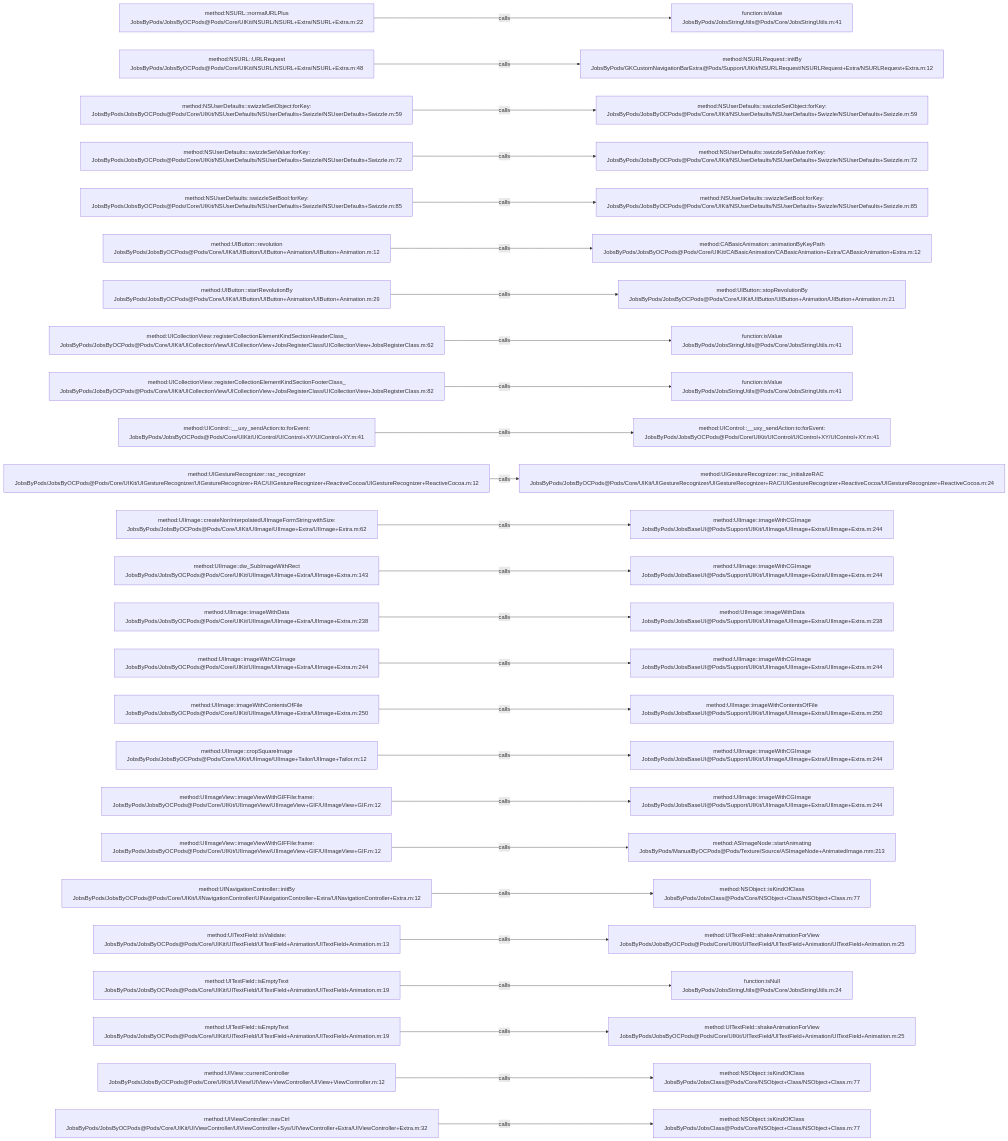
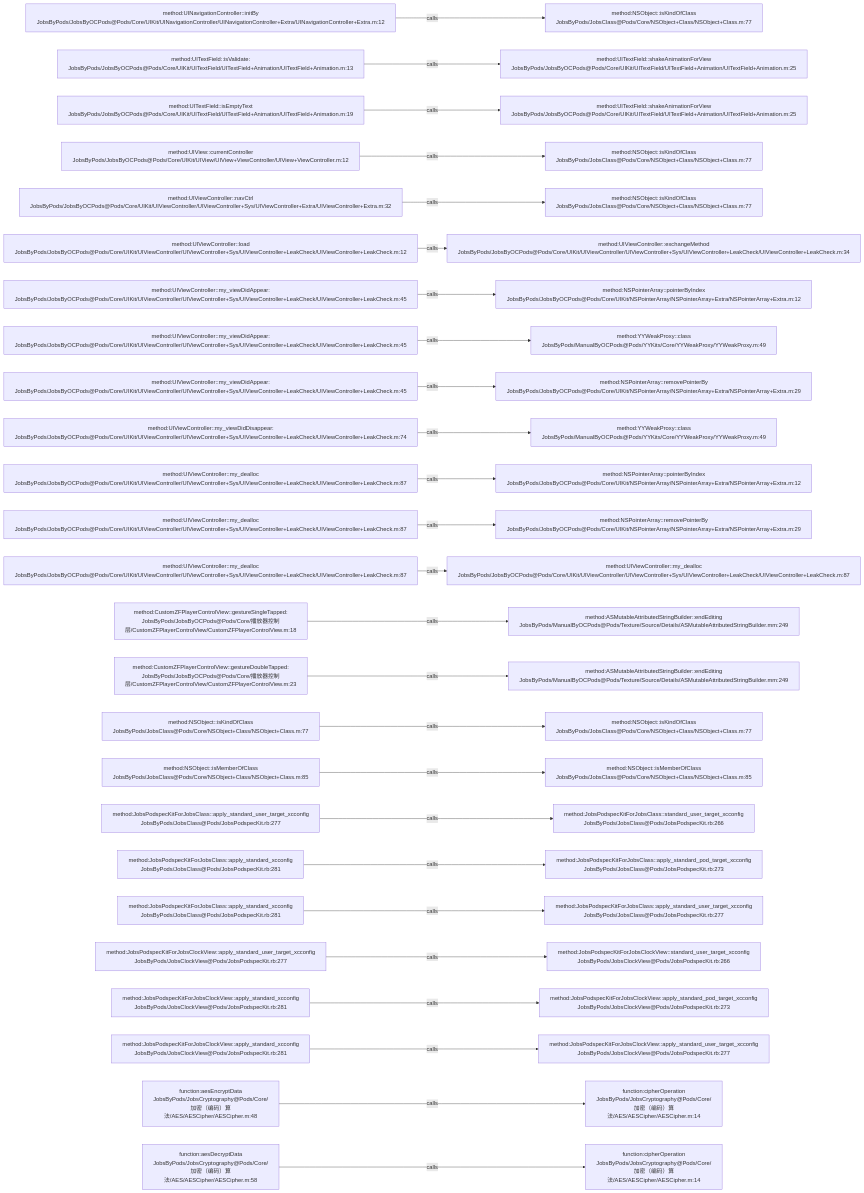
Before and after one commit to JobsKits/JobsOCBaseConfigDemo: the diagram in .codegraph/codegraph.md/graphs/calls-005.md, drawn with Mermaid. The commit also changed 1353 other files, not shown here.

````diff
--- a/.codegraph/codegraph.md/graphs/calls-005.md
+++ b/.codegraph/codegraph.md/graphs/calls-005.md
@@ -13,78 +13,78 @@
 ```mermaid
 flowchart LR
-  S1["method:NSURL::normalURLPlus<br/>JobsByPods/JobsByOCPods@Pods/Core/UIKit/NSURL/NSURL+Extra/NSURL+Extra.m:22"]
-  T1["function:isValue<br/>JobsByPods/JobsStringUtils@Pods/Core/JobsStringUtils.m:41"]
+  S1["method:UINavigationController::initBy<br/>JobsByPods/JobsByOCPods@Pods/Core/UIKit/UINavigationController/UINavigationController+Extra/UINavigationController+Extra.m:12"]
+  T1["method:NSObject::isKindOfClass<br/>JobsByPods/JobsClass@Pods/Core/NSObject+Class/NSObject+Class.m:77"]
   S1 -->|calls| T1
-  S2["method:NSURL::URLRequest<br/>JobsByPods/JobsByOCPods@Pods/Core/UIKit/NSURL/NSURL+Extra/NSURL+Extra.m:48"]
-  T2["method:NSURLRequest::initBy<br/>JobsByPods/GKCustomNavigationBarExtra@Pods/Support/UIKit/NSURLRequest/NSURLRequest+Extra/NSURLRequest+Extra.m:12"]
+  S2["method:UITextField::isValidate:<br/>JobsByPods/JobsByOCPods@Pods/Core/UIKit/UITextField/UITextField+Animation/UITextField+Animation.m:13"]
+  T2["method:UITextField::shakeAnimationForView<br/>JobsByPods/JobsByOCPods@Pods/Core/UIKit/UITextField/UITextField+Animation/UITextField+Animation.m:25"]
   S2 -->|calls| T2
-  S3["method:NSUserDefaults::swizzleSetObject:forKey:<br/>JobsByPods/JobsByOCPods@Pods/Core/UIKit/NSUserDefaults/NSUserDefaults+Swizzle/NSUserDefaults+Swizzle.m:59"]
-  T3["method:NSUserDefaults::swizzleSetObject:forKey:<br/>JobsByPods/JobsByOCPods@Pods/Core/UIKit/NSUserDefaults/NSUserDefaults+Swizzle/NSUserDefaults+Swizzle.m:59"]
+  S3["method:UITextField::isEmptyText<br/>JobsByPods/JobsByOCPods@Pods/Core/UIKit/UITextField/UITextField+Animation/UITextField+Animation.m:19"]
+  T3["method:UITextField::shakeAnimationForView<br/>JobsByPods/JobsByOCPods@Pods/Core/UIKit/UITextField/UITextField+Animation/UITextField+Animation.m:25"]
   S3 -->|calls| T3
-  S4["method:NSUserDefaults::swizzleSetValue:forKey:<br/>JobsByPods/JobsByOCPods@Pods/Core/UIKit/NSUserDefaults/NSUserDefaults+Swizzle/NSUserDefaults+Swizzle.m:72"]
-  T4["method:NSUserDefaults::swizzleSetValue:forKey:<br/>JobsByPods/JobsByOCPods@Pods/Core/UIKit/NSUserDefaults/NSUserDefaults+Swizzle/NSUserDefaults+Swizzle.m:72"]
+  S4["method:UIView::currentController<br/>JobsByPods/JobsByOCPods@Pods/Core/UIKit/UIView/UIView+ViewController/UIView+ViewController.m:12"]
+  T4["method:NSObject::isKindOfClass<br/>JobsByPods/JobsClass@Pods/Core/NSObject+Class/NSObject+Class.m:77"]
   S4 -->|calls| T4
-  S5["method:NSUserDefaults::swizzleSetBool:forKey:<br/>JobsByPods/JobsByOCPods@Pods/Core/UIKit/NSUserDefaults/NSUserDefaults+Swizzle/NSUserDefaults+Swizzle.m:85"]
-  T5["method:NSUserDefaults::swizzleSetBool:forKey:<br/>JobsByPods/JobsByOCPods@Pods/Core/UIKit/NSUserDefaults/NSUserDefaults+Swizzle/NSUserDefaults+Swizzle.m:85"]
+  S5["method:UIViewController::navCtrl<br/>JobsByPods/JobsByOCPods@Pods/Core/UIKit/UIViewController/UIViewController+Sys/UIViewController+Extra/UIViewController+Extra.m:32"]
+  T5["method:NSObject::isKindOfClass<br/>JobsByPods/JobsClass@Pods/Core/NSObject+Class/NSObject+Class.m:77"]
   S5 -->|calls| T5
-  S6["method:UIButton::revolution<br/>JobsByPods/JobsByOCPods@Pods/Core/UIKit/UIButton/UIButton+Animation/UIButton+Animation.m:12"]
-  T6["method:CABasicAnimation::animationByKeyPath<br/>JobsByPods/JobsByOCPods@Pods/Core/UIKit/CABasicAnimation/CABasicAnimation+Extra/CABasicAnimation+Extra.m:12"]
+  S6["method:UIViewController::load<br/>JobsByPods/JobsByOCPods@Pods/Core/UIKit/UIViewController/UIViewController+Sys/UIViewController+LeakCheck/UIViewController+LeakCheck.m:12"]
+  T6["method:UIViewController::exchangeMethod<br/>JobsByPods/JobsByOCPods@Pods/Core/UIKit/UIViewController/UIViewController+Sys/UIViewController+LeakCheck/UIViewController+LeakCheck.m:34"]
   S6 -->|calls| T6
-  S7["method:UIButton::startRevolutionBy<br/>JobsByPods/JobsByOCPods@Pods/Core/UIKit/UIButton/UIButton+Animation/UIButton+Animation.m:29"]
-  T7["method:UIButton::stopRevolutionBy<br/>JobsByPods/JobsByOCPods@Pods/Core/UIKit/UIButton/UIButton+Animation/UIButton+Animation.m:21"]
+  S7["method:UIViewController::my_viewDidAppear:<br/>JobsByPods/JobsByOCPods@Pods/Core/UIKit/UIViewController/UIViewController+Sys/UIViewController+LeakCheck/UIViewController+LeakCheck.m:45"]
+  T7["method:NSPointerArray::pointerByIndex<br/>JobsByPods/JobsByOCPods@Pods/Core/UIKit/NSPointerArray/NSPointerArray+Extra/NSPointerArray+Extra.m:12"]
   S7 -->|calls| T7
-  S8["method:UICollectionView::registerCollectionElementKindSectionHeaderClass_<br/>JobsByPods/JobsByOCPods@Pods/Core/UIKit/UICollectionView/UICollectionView+JobsRegisterClass/UICollectionView+JobsRegisterClass.m:62"]
-  T8["function:isValue<br/>JobsByPods/JobsStringUtils@Pods/Core/JobsStringUtils.m:41"]
+  S8["method:UIViewController::my_viewDidAppear:<br/>JobsByPods/JobsByOCPods@Pods/Core/UIKit/UIViewController/UIViewController+Sys/UIViewController+LeakCheck/UIViewController+LeakCheck.m:45"]
+  T8["method:YYWeakProxy::class<br/>JobsByPods/ManualByOCPods@Pods/YYKits/Core/YYWeakProxy/YYWeakProxy.m:49"]
   S8 -->|calls| T8
-  S9["method:UICollectionView::registerCollectionElementKindSectionFooterClass_<br/>JobsByPods/JobsByOCPods@Pods/Core/UIKit/UICollectionView/UICollectionView+JobsRegisterClass/UICollectionView+JobsRegisterClass.m:82"]
-  T9["function:isValue<br/>JobsByPods/JobsStringUtils@Pods/Core/JobsStringUtils.m:41"]
+  S9["method:UIViewController::my_viewDidAppear:<br/>JobsByPods/JobsByOCPods@Pods/Core/UIKit/UIViewController/UIViewController+Sys/UIViewController+LeakCheck/UIViewController+LeakCheck.m:45"]
+  T9["method:NSPointerArray::removePointerBy<br/>JobsByPods/JobsByOCPods@Pods/Core/UIKit/NSPointerArray/NSPointerArray+Extra/NSPointerArray+Extra.m:29"]
   S9 -->|calls| T9
-  S10["method:UIControl::__uxy_sendAction:to:forEvent:<br/>JobsByPods/JobsByOCPods@Pods/Core/UIKit/UIControl/UIControl+XY/UIControl+XY.m:41"]
-  T10["method:UIControl::__uxy_sendAction:to:forEvent:<br/>JobsByPods/JobsByOCPods@Pods/Core/UIKit/UIControl/UIControl+XY/UIControl+XY.m:41"]
+  S10["method:UIViewController::my_viewDidDisappear:<br/>JobsByPods/JobsByOCPods@Pods/Core/UIKit/UIViewController/UIViewController+Sys/UIViewController+LeakCheck/UIViewController+LeakCheck.m:74"]
+  T10["method:YYWeakProxy::class<br/>JobsByPods/ManualByOCPods@Pods/YYKits/Core/YYWeakProxy/YYWeakProxy.m:49"]
   S10 -->|calls| T10
-  S11["method:UIGestureRecognizer::rac_recognizer<br/>JobsByPods/JobsByOCPods@Pods/Core/UIKit/UIGestureRecognizer/UIGestureRecognizer+RAC/UIGestureRecognizer+ReactiveCocoa/UIGestureRecognizer+ReactiveCocoa.m:12"]
-  T11["method:UIGestureRecognizer::rac_initializeRAC<br/>JobsByPods/JobsByOCPods@Pods/Core/UIKit/UIGestureRecognizer/UIGestureRecognizer+RAC/UIGestureRecognizer+ReactiveCocoa/UIGestureRecognizer+ReactiveCocoa.m:24"]
+  S11["method:UIViewController::my_dealloc<br/>JobsByPods/JobsByOCPods@Pods/Core/UIKit/UIViewController/UIViewController+Sys/UIViewController+LeakCheck/UIViewController+LeakCheck.m:87"]
+  T11["method:NSPointerArray::pointerByIndex<br/>JobsByPods/JobsByOCPods@Pods/Core/UIKit/NSPointerArray/NSPointerArray+Extra/NSPointerArray+Extra.m:12"]
   S11 -->|calls| T11
-  S12["method:UIImage::createNonInterpolatedUIImageFormString:withSize:<br/>JobsByPods/JobsByOCPods@Pods/Core/UIKit/UIImage/UIImage+Extra/UIImage+Extra.m:62"]
-  T12["method:UIImage::imageWithCGImage<br/>JobsByPods/JobsBaseUI@Pods/Support/UIKit/UIImage/UIImage+Extra/UIImage+Extra.m:244"]
+  S12["method:UIViewController::my_dealloc<br/>JobsByPods/JobsByOCPods@Pods/Core/UIKit/UIViewController/UIViewController+Sys/UIViewController+LeakCheck/UIViewController+LeakCheck.m:87"]
+  T12["method:NSPointerArray::removePointerBy<br/>JobsByPods/JobsByOCPods@Pods/Core/UIKit/NSPointerArray/NSPointerArray+Extra/NSPointerArray+Extra.m:29"]
   S12 -->|calls| T12
-  S13["method:UIImage::dw_SubImageWithRect<br/>JobsByPods/JobsByOCPods@Pods/Core/UIKit/UIImage/UIImage+Extra/UIImage+Extra.m:143"]
-  T13["method:UIImage::imageWithCGImage<br/>JobsByPods/JobsBaseUI@Pods/Support/UIKit/UIImage/UIImage+Extra/UIImage+Extra.m:244"]
+  S13["method:UIViewController::my_dealloc<br/>JobsByPods/JobsByOCPods@Pods/Core/UIKit/UIViewController/UIViewController+Sys/UIViewController+LeakCheck/UIViewController+LeakCheck.m:87"]
+  T13["method:UIViewController::my_dealloc<br/>JobsByPods/JobsByOCPods@Pods/Core/UIKit/UIViewController/UIViewController+Sys/UIViewController+LeakCheck/UIViewController+LeakCheck.m:87"]
   S13 -->|calls| T13
-  S14["method:UIImage::imageWithData<br/>JobsByPods/JobsByOCPods@Pods/Core/UIKit/UIImage/UIImage+Extra/UIImage+Extra.m:238"]
-  T14["method:UIImage::imageWithData<br/>JobsByPods/JobsBaseUI@Pods/Support/UIKit/UIImage/UIImage+Extra/UIImage+Extra.m:238"]
+  S14["method:CustomZFPlayerControlView::gestureSingleTapped:<br/>JobsByPods/JobsByOCPods@Pods/Core/播放器控制层/CustomZFPlayerControlView/CustomZFPlayerControlView.m:18"]
+  T14["method:ASMutableAttributedStringBuilder::endEditing<br/>JobsByPods/ManualByOCPods@Pods/Texture/Source/Details/ASMutableAttributedStringBuilder.mm:249"]
   S14 -->|calls| T14
-  S15["method:UIImage::imageWithCGImage<br/>JobsByPods/JobsByOCPods@Pods/Core/UIKit/UIImage/UIImage+Extra/UIImage+Extra.m:244"]
-  T15["method:UIImage::imageWithCGImage<br/>JobsByPods/JobsBaseUI@Pods/Support/UIKit/UIImage/UIImage+Extra/UIImage+Extra.m:244"]
+  S15["method:CustomZFPlayerControlView::gestureDoubleTapped:<br/>JobsByPods/JobsByOCPods@Pods/Core/播放器控制层/CustomZFPlayerControlView/CustomZFPlayerControlView.m:23"]
+  T15["method:ASMutableAttributedStringBuilder::endEditing<br/>JobsByPods/ManualByOCPods@Pods/Texture/Source/Details/ASMutableAttributedStringBuilder.mm:249"]
   S15 -->|calls| T15
-  S16["method:UIImage::imageWithContentsOfFile<br/>JobsByPods/JobsByOCPods@Pods/Core/UIKit/UIImage/UIImage+Extra/UIImage+Extra.m:250"]
-  T16["method:UIImage::imageWithContentsOfFile<br/>JobsByPods/JobsBaseUI@Pods/Support/UIKit/UIImage/UIImage+Extra/UIImage+Extra.m:250"]
+  S16["method:NSObject::isKindOfClass<br/>JobsByPods/JobsClass@Pods/Core/NSObject+Class/NSObject+Class.m:77"]
+  T16["method:NSObject::isKindOfClass<br/>JobsByPods/JobsClass@Pods/Core/NSObject+Class/NSObject+Class.m:77"]
   S16 -->|calls| T16
-  S17["method:UIImage::cropSquareImage<br/>JobsByPods/JobsByOCPods@Pods/Core/UIKit/UIImage/UIImage+Tailor/UIImage+Tailor.m:12"]
-  T17["method:UIImage::imageWithCGImage<br/>JobsByPods/JobsBaseUI@Pods/Support/UIKit/UIImage/UIImage+Extra/UIImage+Extra.m:244"]
+  S17["method:NSObject::isMemberOfClass<br/>JobsByPods/JobsClass@Pods/Core/NSObject+Class/NSObject+Class.m:85"]
+  T17["method:NSObject::isMemberOfClass<br/>JobsByPods/JobsClass@Pods/Core/NSObject+Class/NSObject+Class.m:85"]
   S17 -->|calls| T17
-  S18["method:UIImageView::imageViewWithGIFFile:frame:<br/>JobsByPods/JobsByOCPods@Pods/Core/UIKit/UIImageView/UIImageView+GIF/UIImageView+GIF.m:12"]
-  T18["method:UIImage::imageWithCGImage<br/>JobsByPods/JobsBaseUI@Pods/Support/UIKit/UIImage/UIImage+Extra/UIImage+Extra.m:244"]
+  S18["method:JobsPodspecKitForJobsClass::apply_standard_user_target_xcconfig<br/>JobsByPods/JobsClass@Pods/JobsPodspecKit.rb:277"]
+  T18["method:JobsPodspecKitForJobsClass::standard_user_target_xcconfig<br/>JobsByPods/JobsClass@Pods/JobsPodspecKit.rb:266"]
   S18 -->|calls| T18
-  S19["method:UIImageView::imageViewWithGIFFile:frame:<br/>JobsByPods/JobsByOCPods@Pods/Core/UIKit/UIImageView/UIImageView+GIF/UIImageView+GIF.m:12"]
-  T19["method:ASImageNode::startAnimating<br/>JobsByPods/ManualByOCPods@Pods/Texture/Source/ASImageNode+AnimatedImage.mm:213"]
+  S19["method:JobsPodspecKitForJobsClass::apply_standard_xcconfig<br/>JobsByPods/JobsClass@Pods/JobsPodspecKit.rb:281"]
+  T19["method:JobsPodspecKitForJobsClass::apply_standard_pod_target_xcconfig<br/>JobsByPods/JobsClass@Pods/JobsPodspecKit.rb:273"]
   S19 -->|calls| T19
-  S20["method:UINavigationController::initBy<br/>JobsByPods/JobsByOCPods@Pods/Core/UIKit/UINavigationController/UINavigationController+Extra/UINavigationController+Extra.m:12"]
-  T20["method:NSObject::isKindOfClass<br/>JobsByPods/JobsClass@Pods/Core/NSObject+Class/NSObject+Class.m:77"]
+  S20["method:JobsPodspecKitForJobsClass::apply_standard_xcconfig<br/>JobsByPods/JobsClass@Pods/JobsPodspecKit.rb:281"]
+  T20["method:JobsPodspecKitForJobsClass::apply_standard_user_target_xcconfig<br/>JobsByPods/JobsClass@Pods/JobsPodspecKit.rb:277"]
   S20 -->|calls| T20
-  S21["method:UITextField::isValidate:<br/>JobsByPods/JobsByOCPods@Pods/Core/UIKit/UITextField/UITextField+Animation/UITextField+Animation.m:13"]
-  T21["method:UITextField::shakeAnimationForView<br/>JobsByPods/JobsByOCPods@Pods/Core/UIKit/UITextField/UITextField+Animation/UITextField+Animation.m:25"]
+  S21["method:JobsPodspecKitForJobsClockView::apply_standard_user_target_xcconfig<br/>JobsByPods/JobsClockView@Pods/JobsPodspecKit.rb:277"]
+  T21["method:JobsPodspecKitForJobsClockView::standard_user_target_xcconfig<br/>JobsByPods/JobsClockView@Pods/JobsPodspecKit.rb:266"]
   S21 -->|calls| T21
-  S22["method:UITextField::isEmptyText<br/>JobsByPods/JobsByOCPods@Pods/Core/UIKit/UITextField/UITextField+Animation/UITextField+Animation.m:19"]
-  T22["function:isNull<br/>JobsByPods/JobsStringUtils@Pods/Core/JobsStringUtils.m:24"]
+  S22["method:JobsPodspecKitForJobsClockView::apply_standard_xcconfig<br/>JobsByPods/JobsClockView@Pods/JobsPodspecKit.rb:281"]
+  T22["method:JobsPodspecKitForJobsClockView::apply_standard_pod_target_xcconfig<br/>JobsByPods/JobsClockView@Pods/JobsPodspecKit.rb:273"]
   S22 -->|calls| T22
-  S23["method:UITextField::isEmptyText<br/>JobsByPods/JobsByOCPods@Pods/Core/UIKit/UITextField/UITextField+Animation/UITextField+Animation.m:19"]
-  T23["method:UITextField::shakeAnimationForView<br/>JobsByPods/JobsByOCPods@Pods/Core/UIKit/UITextField/UITextField+Animation/UITextField+Animation.m:25"]
+  S23["method:JobsPodspecKitForJobsClockView::apply_standard_xcconfig<br/>JobsByPods/JobsClockView@Pods/JobsPodspecKit.rb:281"]
+  T23["method:JobsPodspecKitForJobsClockView::apply_standard_user_target_xcconfig<br/>JobsByPods/JobsClockView@Pods/JobsPodspecKit.rb:277"]
   S23 -->|calls| T23
-  S24["method:UIView::currentController<br/>JobsByPods/JobsByOCPods@Pods/Core/UIKit/UIView/UIView+ViewController/UIView+ViewController.m:12"]
-  T24["method:NSObject::isKindOfClass<br/>JobsByPods/JobsClass@Pods/Core/NSObject+Class/NSObject+Class.m:77"]
+  S24["function:aesEncryptData<br/>JobsByPods/JobsCryptography@Pods/Core/加密（编码）算法/AES/AESCipher/AESCipher.m:48"]
+  T24["function:cipherOperation<br/>JobsByPods/JobsCryptography@Pods/Core/加密（编码）算法/AES/AESCipher/AESCipher.m:14"]
   S24 -->|calls| T24
-  S25["method:UIViewController::navCtrl<br/>JobsByPods/JobsByOCPods@Pods/Core/UIKit/UIViewController/UIViewController+Sys/UIViewController+Extra/UIViewController+Extra.m:32"]
-  T25["method:NSObject::isKindOfClass<br/>JobsByPods/JobsClass@Pods/Core/NSObject+Class/NSObject+Class.m:77"]
+  S25["function:aesDecryptData<br/>JobsByPods/JobsCryptography@Pods/Core/加密（编码）算法/AES/AESCipher/AESCipher.m:58"]
+  T25["function:cipherOperation<br/>JobsByPods/JobsCryptography@Pods/Core/加密（编码）算法/AES/AESCipher/AESCipher.m:14"]
   S25 -->|calls| T25
 ```
````
